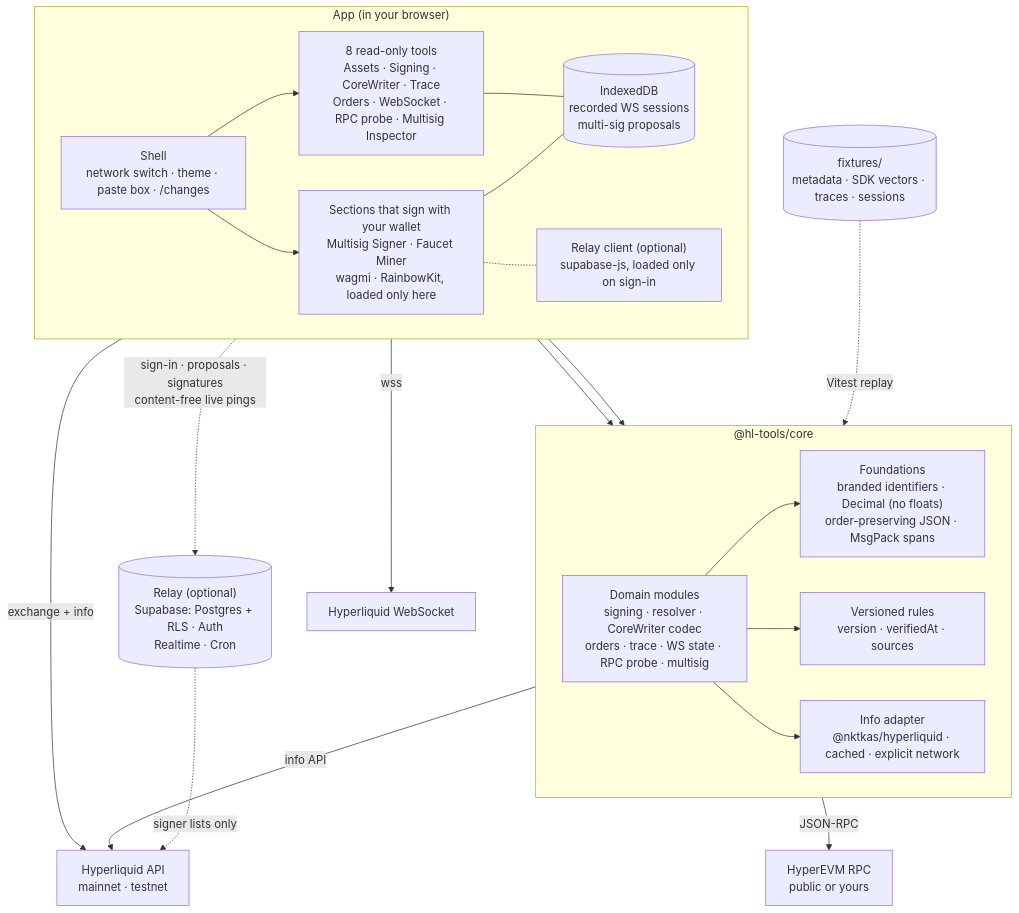
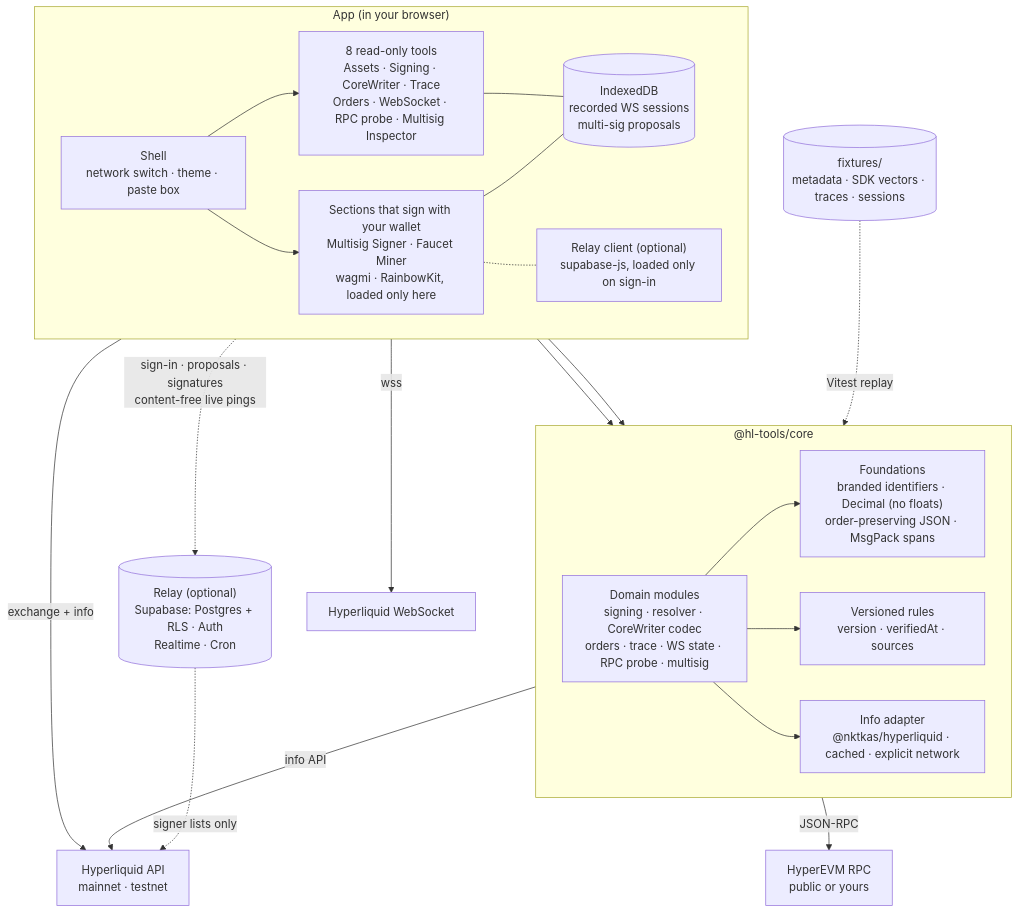
One commit to ashwinarora/hl-tools changed the diagram in README.md. Above: the diagram before and after it, drawn with Mermaid. The commit also changed other lines of this file and 23 other files, not shown here.

````diff
--- a/README.md
+++ b/README.md
@@ -28,35 +28,35 @@
 ```mermaid
 flowchart TB
     subgraph App["App (in your browser)"]
         direction LR
-        Shell["Shell<br/>network switch · theme · paste box · /changes"]
+        Shell["Shell<br/>network switch · theme · paste box"]
         Tools["8 read-only tools<br/>Assets · Signing · CoreWriter · Trace<br/>Orders · WebSocket · RPC probe · Multisig Inspector"]
         Sign["Sections that sign with your wallet<br/>Multisig Signer · Faucet Miner<br/>wagmi · RainbowKit, loaded only here"]
         IDB[("IndexedDB<br/>recorded WS sessions<br/>multi-sig proposals")]
         RelayClient["Relay client (optional)<br/>supabase-js, loaded only on sign-in"]
         Shell --> Tools
         Shell --> Sign
         Tools --- IDB
         Sign --- IDB
         Sign -.- RelayClient
     end
     subgraph Core["@hl-tools/core"]
         direction LR
         Domain["Domain modules<br/>signing · resolver · CoreWriter codec<br/>orders · trace · WS state · RPC probe · multisig"]
         Found["Foundations<br/>branded identifiers · Decimal (no floats)<br/>order-preserving JSON · MsgPack spans"]
         Rules["Versioned rules<br/>version · verifiedAt · sources"]
         Adapter["Info adapter<br/>@nktkas/hyperliquid · cached · explicit network"]
         Domain --> Found
         Domain --> Rules
         Domain --> Adapter
     end
     Tools --> Domain
     Sign --> Domain
     Adapter -->|info API| HLAPI["Hyperliquid API<br/>mainnet · testnet"]
     RelayClient -. "sign-in · proposals · signatures<br/>content-free live pings" .-> Relay[("Relay (optional)<br/>Supabase: Postgres + RLS · Auth<br/>Realtime · Cron")]
     Relay -. "signer lists only" .-> HLAPI
     Sign -->|exchange + info| HLAPI
     Tools -->|wss| HLWS["Hyperliquid WebSocket"]
     Domain -->|JSON-RPC| EVM["HyperEVM RPC<br/>public or yours"]
     Fixtures[("fixtures/<br/>metadata · SDK vectors · traces · sessions")] -. "Vitest replay" .-> Domain
 ```
````
